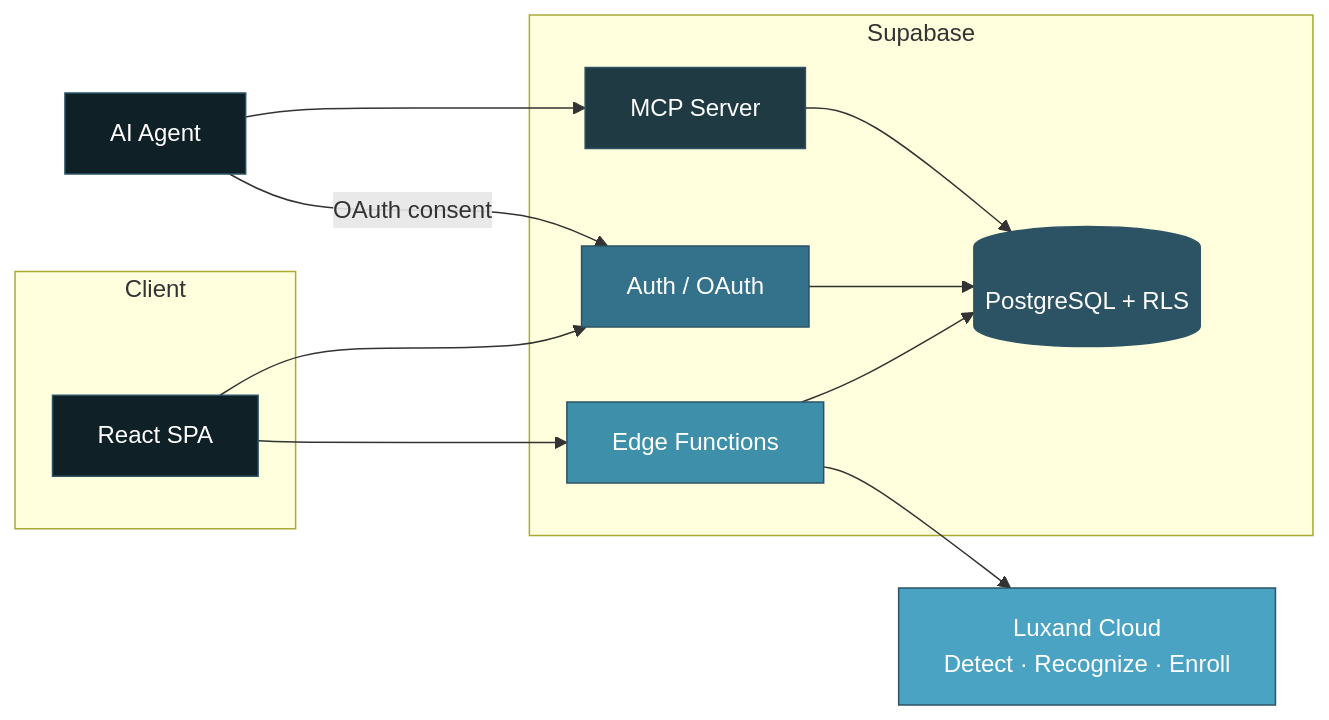
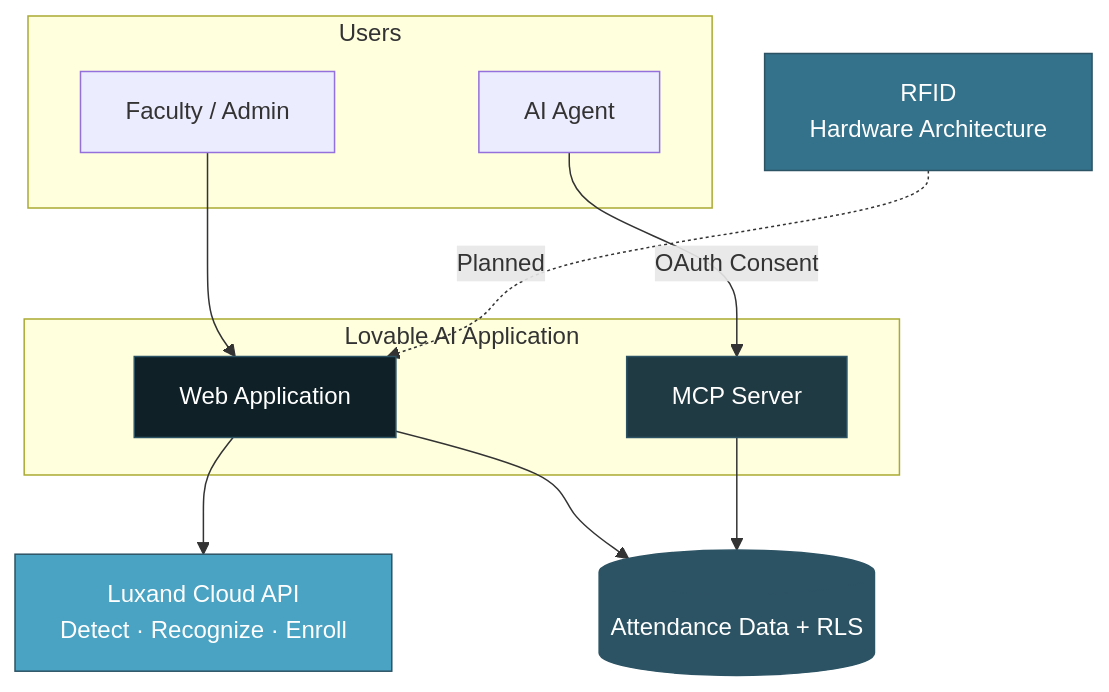
One commit to Riddhis2226/Edu-Vista-Attendance changed the diagram in README.md. Above: the diagram before and after it, drawn with Mermaid. The commit also changed other lines of this file, not shown here.

````diff
--- a/README.md
+++ b/README.md
@@ -61,33 +61,29 @@
 ```mermaid
-flowchart LR
-    subgraph Client
-        WEB[React SPA]
+flowchart TB
+    subgraph Users
+        F[Faculty / Admin]
+        A[AI Agent]
     end
 
-    subgraph Supabase
-        AUTH[Auth / OAuth]
-        DB[(PostgreSQL + RLS)]
-        EDGE[Edge Functions]
+    subgraph Platform["Lovable AI Application"]
+        APP[Web Application]
         MCP[MCP Server]
     end
 
-    LUX[Luxand Cloud<br/>Detect · Recognize · Enroll]
-    AGENT[AI Agent]
+    LUX[Luxand Cloud API<br/>Detect · Recognize · Enroll]
+    RFID[RFID<br/>Hardware Architecture]
+    DB[(Attendance Data + RLS)]
 
-    WEB --> AUTH
-    WEB --> EDGE
-    EDGE --> LUX
-    EDGE --> DB
-    AUTH --> DB
-    AGENT -->|OAuth consent| AUTH
-    AGENT --> MCP
+    F --> APP
+    APP --> LUX
+    APP --> DB
+    RFID -.->|Planned| APP
+    A -->|OAuth Consent| MCP
     MCP --> DB
 
-    style WEB fill:#0F2027,color:#fff,stroke:#2C5364
-    style AUTH fill:#34718A,color:#fff,stroke:#2C5364
+    style APP fill:#0F2027,color:#fff,stroke:#2C5364
+    style MCP fill:#203A43,color:#fff,stroke:#2C5364
+    style LUX fill:#4BA3C3,color:#fff,stroke:#2C5364
+    style RFID fill:#34718A,color:#fff,stroke:#2C5364
     style DB fill:#2C5364,color:#fff,stroke:#2C5364
-    style EDGE fill:#3E8FA9,color:#fff,stroke:#2C5364
-    style LUX fill:#4BA3C3,color:#fff,stroke:#2C5364
-    style AGENT fill:#0F2027,color:#fff,stroke:#2C5364
-    style MCP fill:#203A43,color:#fff,stroke:#2C5364
 ```
````
